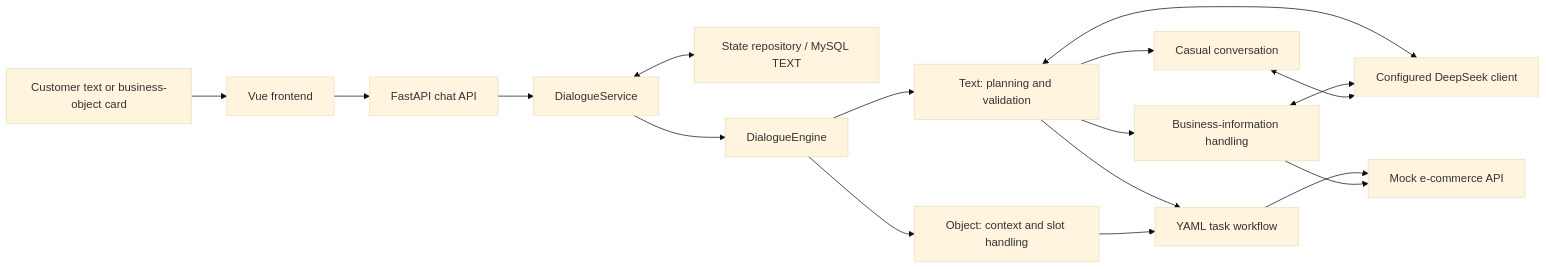
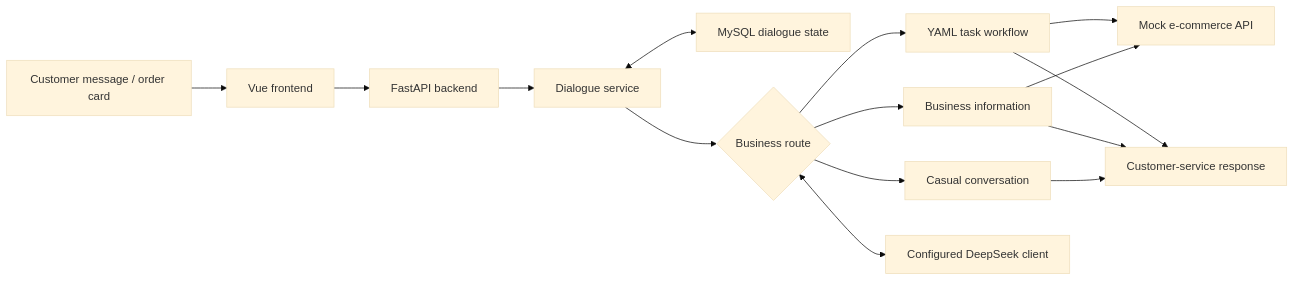
One commit to gretchenrohrscheib426-droid/ecommerce-ai-customer-service changed the diagram in README.md. Above: the diagram before and after it, drawn with Mermaid (base theme). The commit also changed other lines of this file, not shown here.

````diff
--- a/README.md
+++ b/README.md
@@ -66,19 +20,17 @@
 ```mermaid
 flowchart LR
-    U["Customer text or business-object card"] --> FE["Vue frontend"]
-    FE --> API["FastAPI chat API"]
-    API --> SVC["DialogueService"]
-    SVC <--> REPO["State repository / MySQL TEXT"]
-    SVC --> ENGINE["DialogueEngine"]
-    ENGINE --> TEXT["Text: planning and validation"]
-    TEXT <--> LLM["Configured DeepSeek client"]
-    ENGINE --> OBJ["Object: context and slot handling"]
-    TEXT --> TASK["YAML task workflow"]
-    TEXT --> INFO["Business-information handling"]
-    TEXT --> CHAT["Casual conversation"]
-    OBJ --> TASK
+    U["Customer message / order card"] --> FE["Vue frontend"]
+    FE --> API["FastAPI backend"]
+    API --> SVC["Dialogue service"]
+    SVC <--> DB["MySQL dialogue state"]
+    SVC --> ROUTE{"Business route"}
+    ROUTE --> TASK["YAML task workflow"]
+    ROUTE --> INFO["Business information"]
+    ROUTE --> CHAT["Casual conversation"]
     TASK --> EC["Mock e-commerce API"]
     INFO --> EC
-    INFO <--> LLM
-    CHAT <--> LLM
+    ROUTE <--> LLM["Configured DeepSeek client"]
+    TASK --> OUT["Customer-service response"]
+    INFO --> OUT
+    CHAT --> OUT
 ```
````
